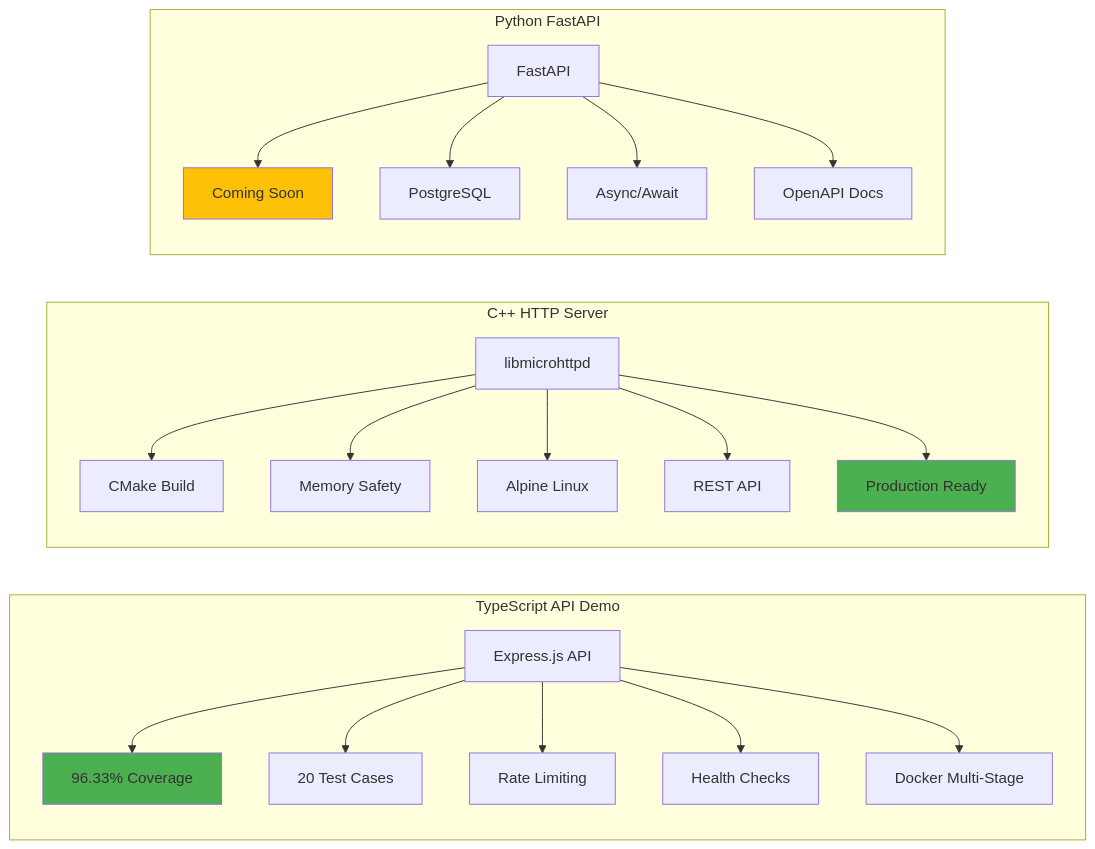
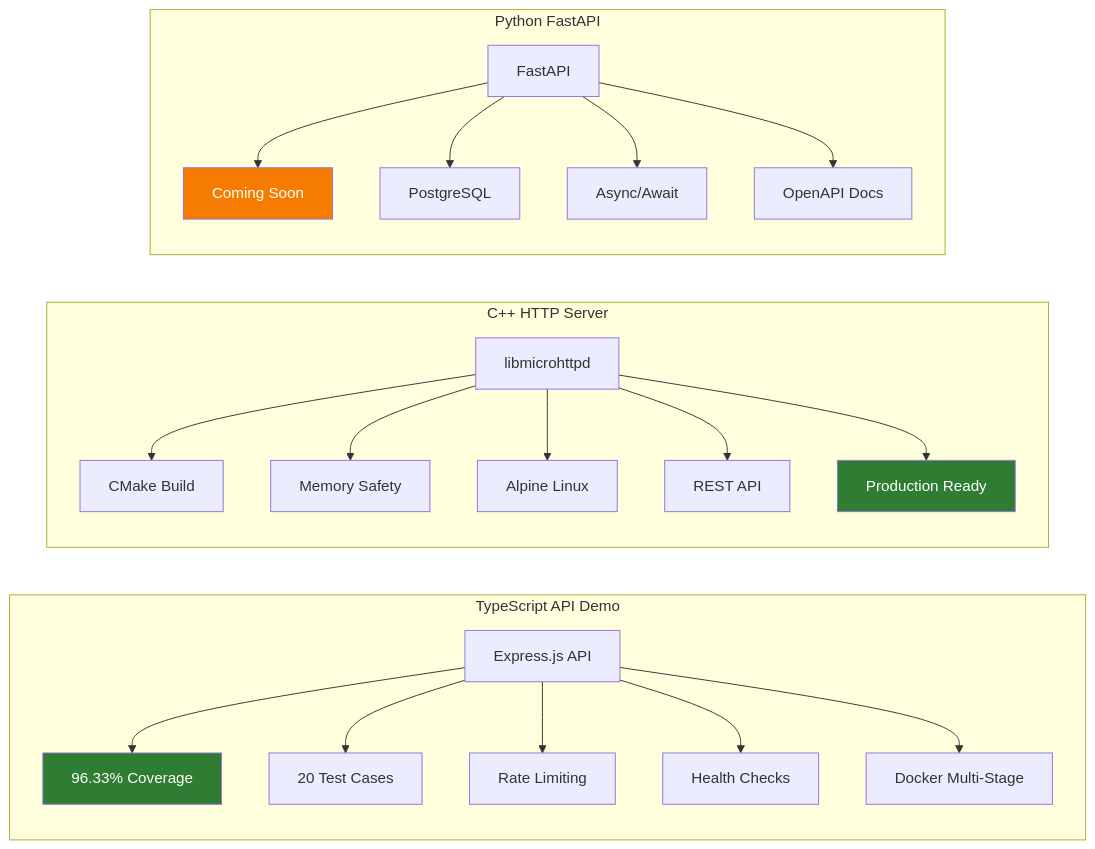
The sixth of 10 diagrams in README.md (mvalancy-mt/training-materials), drawn with Mermaid before and after one commit. The commit also changed other lines of this file and 2 other files, not shown here.

First line of the commit message:
fix: improve mermaid diagram readability with high-contrast colors (#9)

````diff
--- a/README.md
+++ b/README.md
@@ -178,29 +178,29 @@
 ```mermaid
 flowchart LR
     subgraph "TypeScript API Demo"
         TS[Express.js API] --> TS1[96.33% Coverage]
         TS --> TS2[20 Test Cases]
         TS --> TS3[Rate Limiting]
         TS --> TS4[Health Checks]
         TS --> TS5[Docker Multi-Stage]
     end
 
     subgraph "C++ HTTP Server"
         CPP[libmicrohttpd] --> CPP1[CMake Build]
         CPP --> CPP2[Memory Safety]
         CPP --> CPP3[Alpine Linux]
         CPP --> CPP4[REST API]
         CPP --> CPP5[Production Ready]
     end
 
     subgraph "Python FastAPI"
         PY[FastAPI] --> PY1[Coming Soon]
         PY --> PY2[PostgreSQL]
         PY --> PY3[Async/Await]
         PY --> PY4[OpenAPI Docs]
     end
 
-    style TS1 fill:#4caf50
-    style CPP5 fill:#4caf50
-    style PY1 fill:#ffc107
+    style TS1 fill:#2e7d32,color:#ffffff
+    style CPP5 fill:#2e7d32,color:#ffffff
+    style PY1 fill:#f57c00,color:#ffffff
 ```
````
